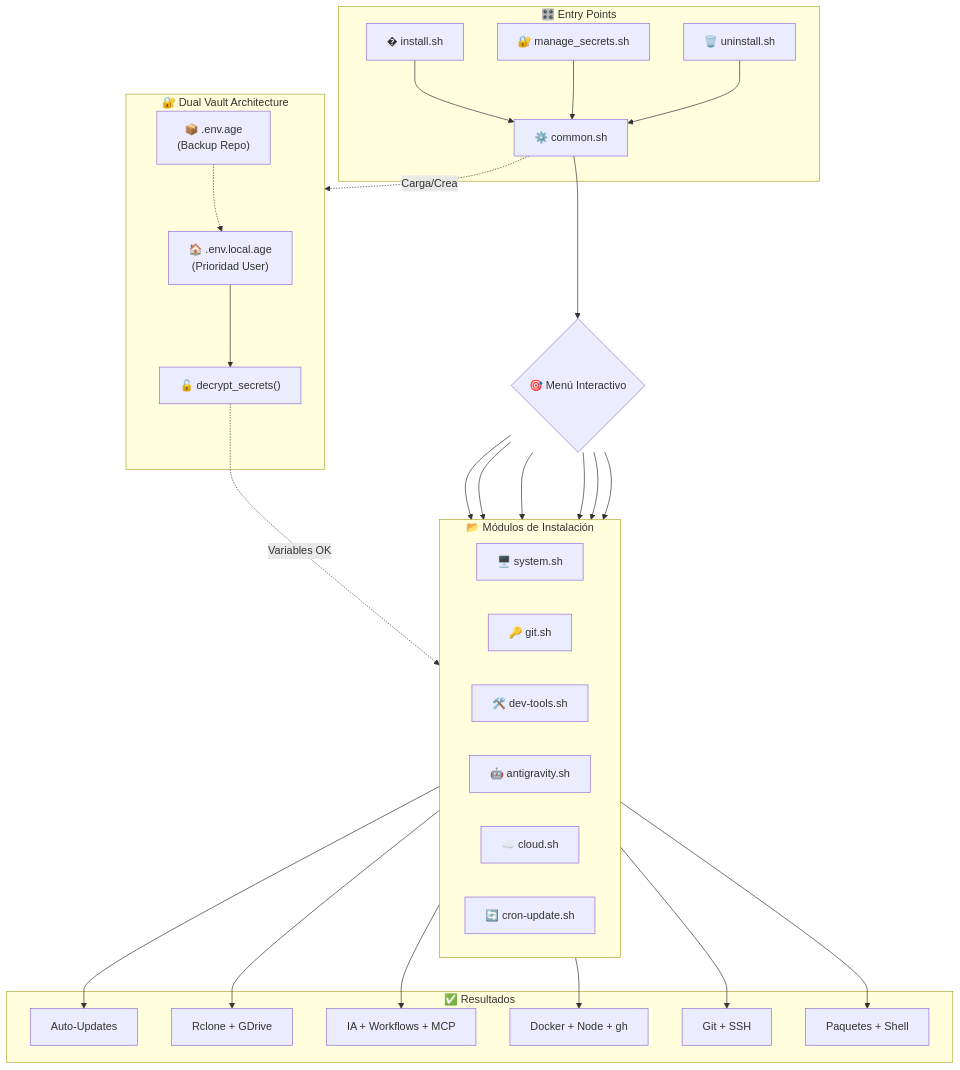
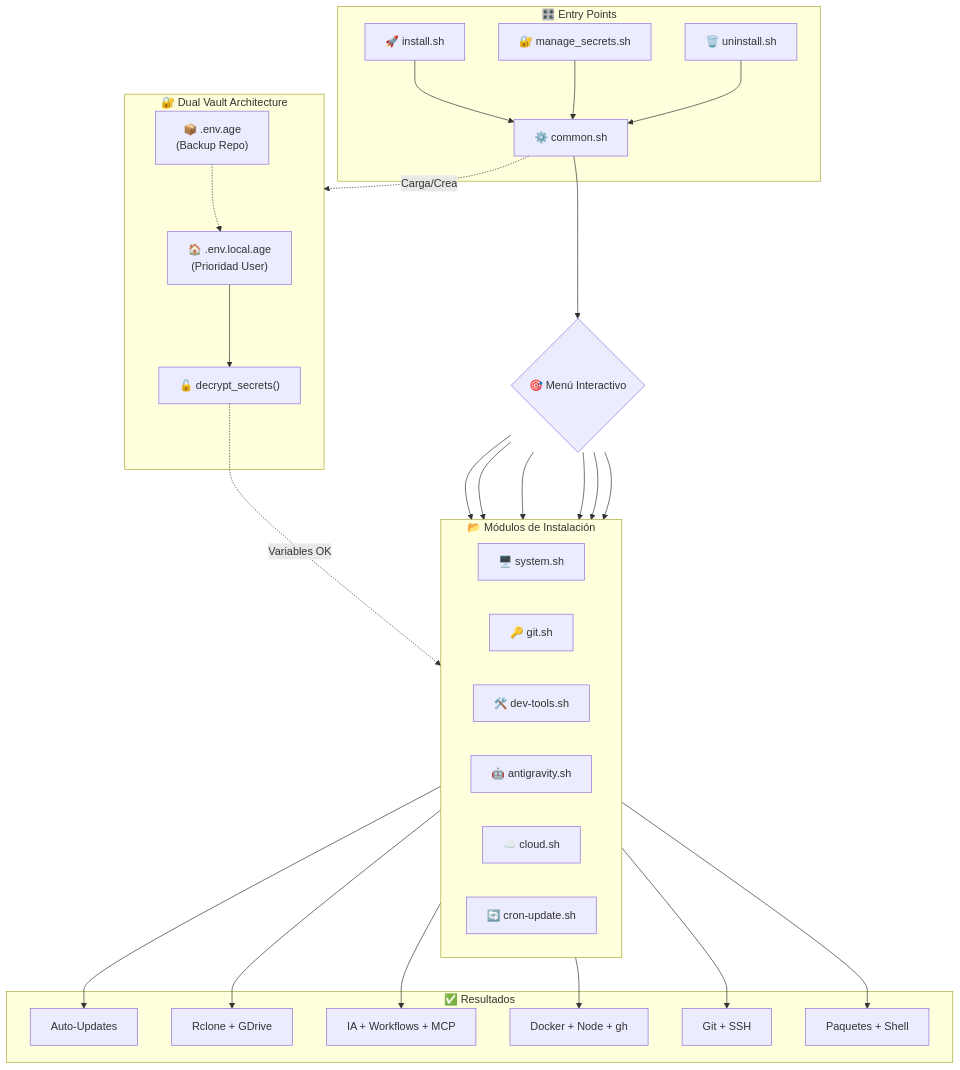
Before and after one commit to herwingx/dotfiles: the first of 2 diagrams in README.md, drawn with Mermaid. The commit also changed other lines of this file and 2 other files, not shown here.

````diff
--- a/README.md
+++ b/README.md
@@ -175,50 +560,50 @@
 ```mermaid
 flowchart TD
     subgraph ENTRY["🎛️ Entry Points"]
-        A["� install.sh"] --> B["⚙️ common.sh"]
+        A["🚀 install.sh"] --> B["⚙️ common.sh"]
         M["🔐 manage_secrets.sh"] --> B
         U["🗑️ uninstall.sh"] --> B
     end
 
     B --> C{"🎯 Menú Interactivo"}
 
     subgraph MODULES["📂 Módulos de Instalación"]
         direction LR
         D["🖥️ system.sh"]
         E["🔑 git.sh"]
         F["🛠️ dev-tools.sh"]
         G["🤖 antigravity.sh"]
         H["☁️ cloud.sh"]
         I["🔄 cron-update.sh"]
     end
 
     C --> D & E & F & G & H & I
 
     subgraph OUTPUTS["✅ Resultados"]
         O1["Paquetes + Shell"]
         O2["Git + SSH"]
         O3["Docker + Node + gh"]
         O4["IA + Workflows + MCP"]
         O5["Rclone + GDrive"]
         O6["Auto-Updates"]
     end
 
     D --> O1
     E --> O2
     F --> O3
     G --> O4
     H --> O5
     I --> O6
 
     subgraph SECRETS["🔐 Dual Vault Architecture"]
         S1["🏠 .env.local.age<br/>(Prioridad User)"]
         S2["📦 .env.age<br/>(Backup Repo)"]
         DEC["🔓 decrypt_secrets()"]
         
         S1 --> DEC
         S2 -.-> S1
     end
 
     B -.->|"Carga/Crea"| SECRETS
     DEC -.->|"Variables OK"| MODULES
 ```
````
